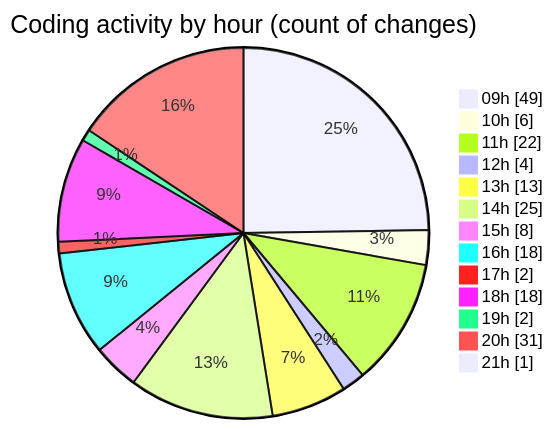
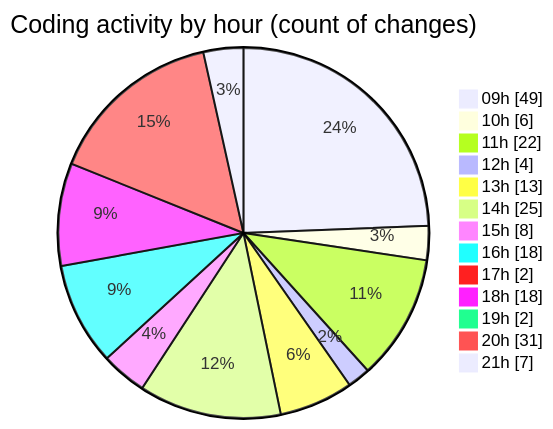
The second of 2 diagrams in 2026-06-17/cda/README.md (momahboobian/code-tracking), drawn with Mermaid before and after one commit. The commit also changed other lines of this file and 1 other file, not shown here.

````diff
--- a/2026-06-17/cda/README.md
+++ b/2026-06-17/cda/README.md
@@ -71,17 +73,17 @@
 ```mermaid
 pie showData
 title Coding activity by hour (count of changes)
 "09h" : 49
 "10h" : 6
 "11h" : 22
 "12h" : 4
 "13h" : 13
 "14h" : 25
 "15h" : 8
 "16h" : 18
 "17h" : 2
 "18h" : 18
 "19h" : 2
 "20h" : 31
-"21h" : 1
+"21h" : 7
 ```
````
